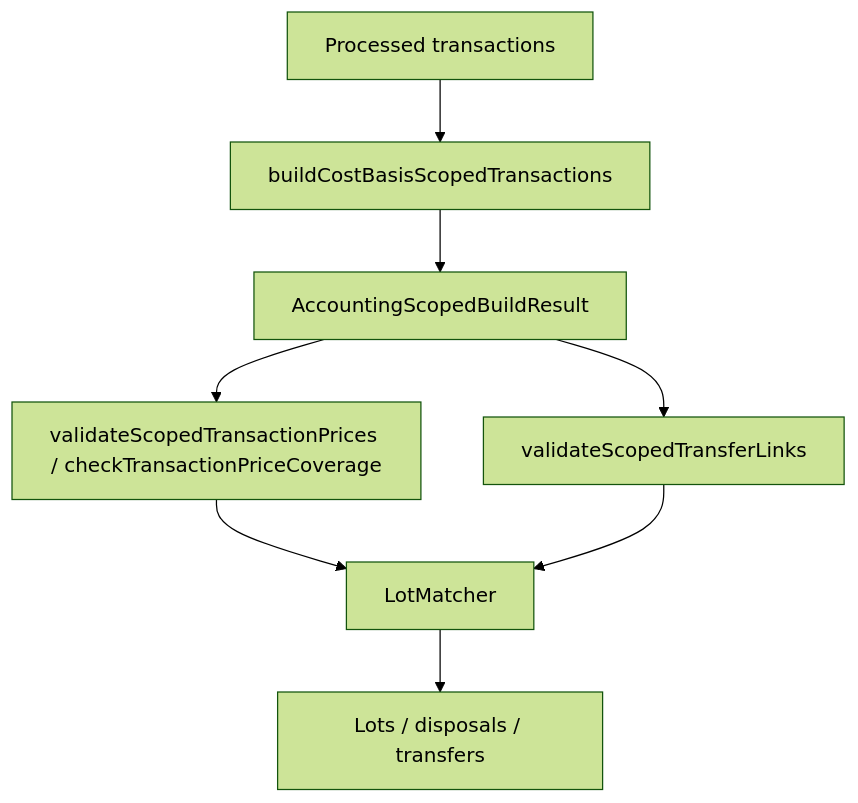
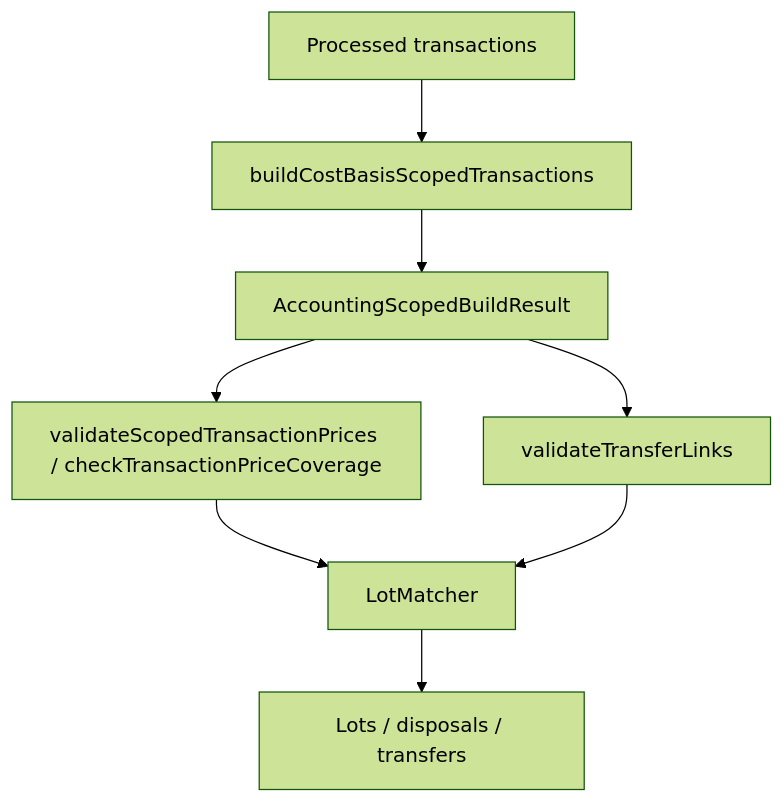
Before and after one commit to jbelanger/exitbook: the diagram in docs/specs/cost-basis-accounting-scope.md, drawn with Mermaid (forest theme). The commit also changed other lines of this file and 12 other files, not shown here.

Commit message:
Remove scoped transfer validation seam

````diff
--- a/docs/specs/cost-basis-accounting-scope.md
+++ b/docs/specs/cost-basis-accounting-scope.md
@@ -290,10 +291,10 @@
 ```mermaid
 graph TD
     A["Processed transactions"] --> B["buildCostBasisScopedTransactions"]
     B --> C["AccountingScopedBuildResult"]
     C --> D["validateScopedTransactionPrices / checkTransactionPriceCoverage"]
-    C --> E["validateScopedTransferLinks"]
+    C --> E["validateTransferLinks"]
     D --> F["LotMatcher"]
     E --> F
     F --> G["Lots / disposals / transfers"]
 ```
````
